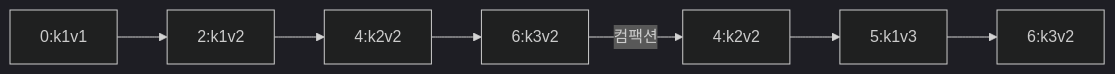
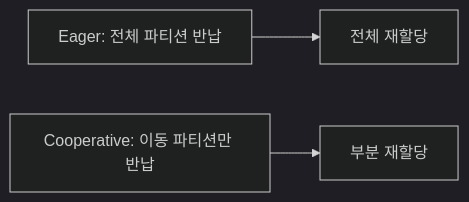
The tenth of 11 diagrams in _posts/kafka/2026-05-01-kafka-internals.md (yjkim2015/yjkim2015.github.io), drawn with Mermaid (dark theme) before and after one commit. The commit also changed other lines of this file and 4 other files, not shown here.

````diff
--- a/_posts/kafka/2026-05-01-kafka-internals.md
+++ b/_posts/kafka/2026-05-01-kafka-internals.md
@@ -529,5 +935,5 @@
 ```mermaid
 graph LR
-    B0["0:k1v1"] --> B2["2:k1v2"] --> B4["4:k2v2"] --> B6["6:k3v2"]
-    B6 -->|컴팩션| A4["4:k2v2"] --> A5["5:k1v3"] --> A6["6:k3v2"]
+    EAGER["Eager: 전체 파티션 반납"] --> REASSIGN["전체 재할당"]
+    COOP["Cooperative: 이동 파티션만 반납"] --> PARTIAL["부분 재할당"]
 ```
````
